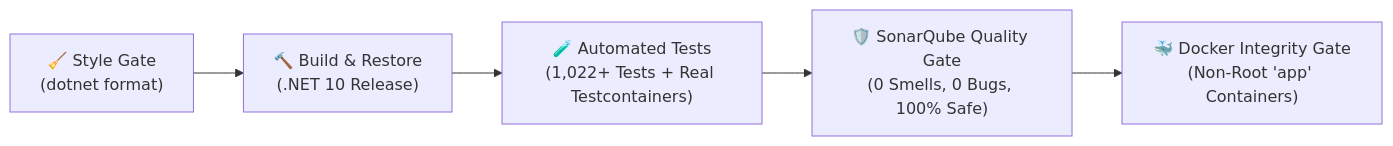
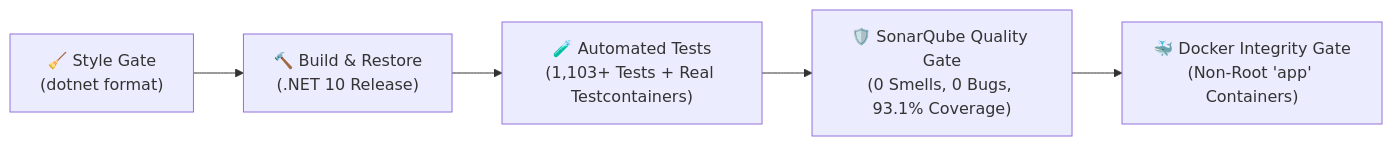
Before and after one commit to enesonmez/shuffleseries_microservices: the fourth of 4 diagrams in README.md, drawn with Mermaid. The commit also changed other lines of this file and 4 other files, not shown here.

First line of the commit message:
chore(ci,docs): align CI SonarQube exclusions, fail-closed CORS defaults, and fix IDE0005 style violation

````diff
--- a/README.md
+++ b/README.md
@@ -491,7 +491,7 @@
 ```mermaid
 flowchart LR
     A["🧹 Style Gate\n(dotnet format)"] --> B["🔨 Build & Restore\n(.NET 10 Release)"]
-    B --> C["🧪 Automated Tests\n(1,022+ Tests + Real Testcontainers)"]
+    B --> C["🧪 Automated Tests\n(1,103+ Tests + Real Testcontainers)"]
     D --> E["🐳 Docker Integrity Gate\n(Non-Root 'app' Containers)"]
-    C --> D["🛡️ SonarQube Quality Gate\n(0 Smells, 0 Bugs, 100% Safe)"]
+    C --> D["🛡️ SonarQube Quality Gate\n(0 Smells, 0 Bugs, 93.1% Coverage)"]
 ```
````
